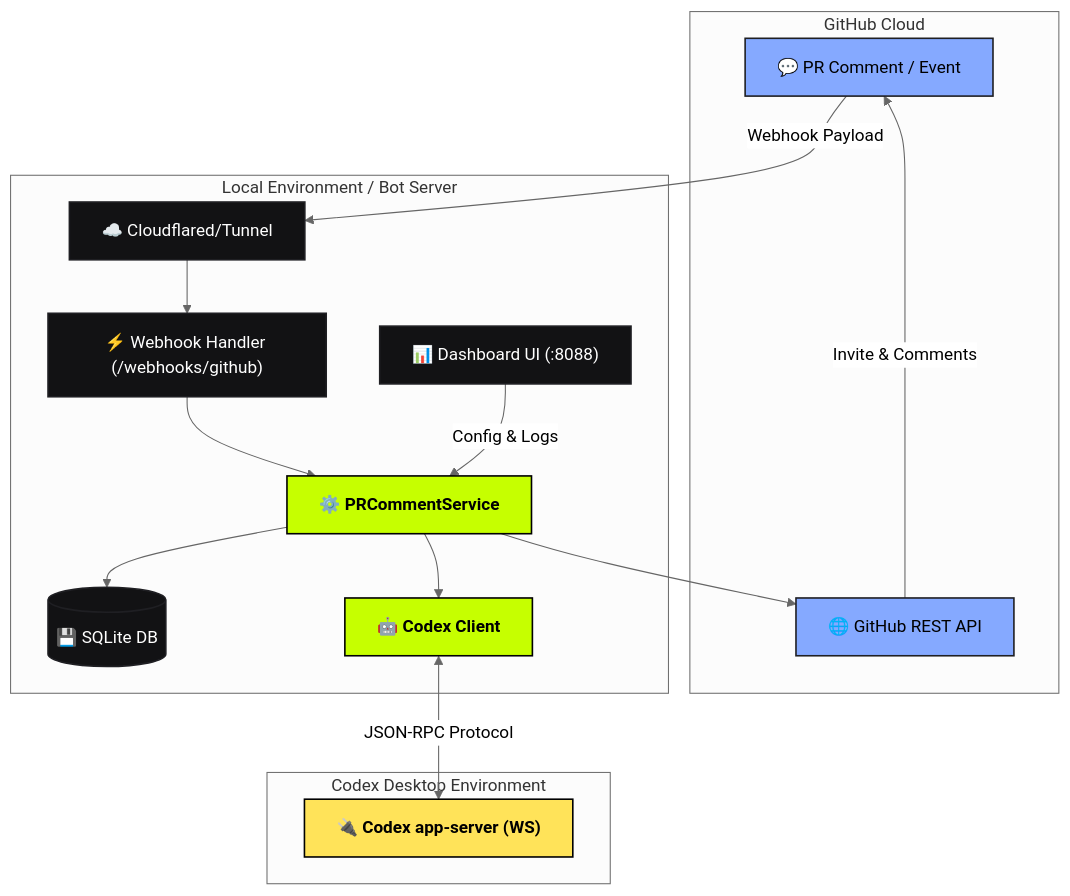
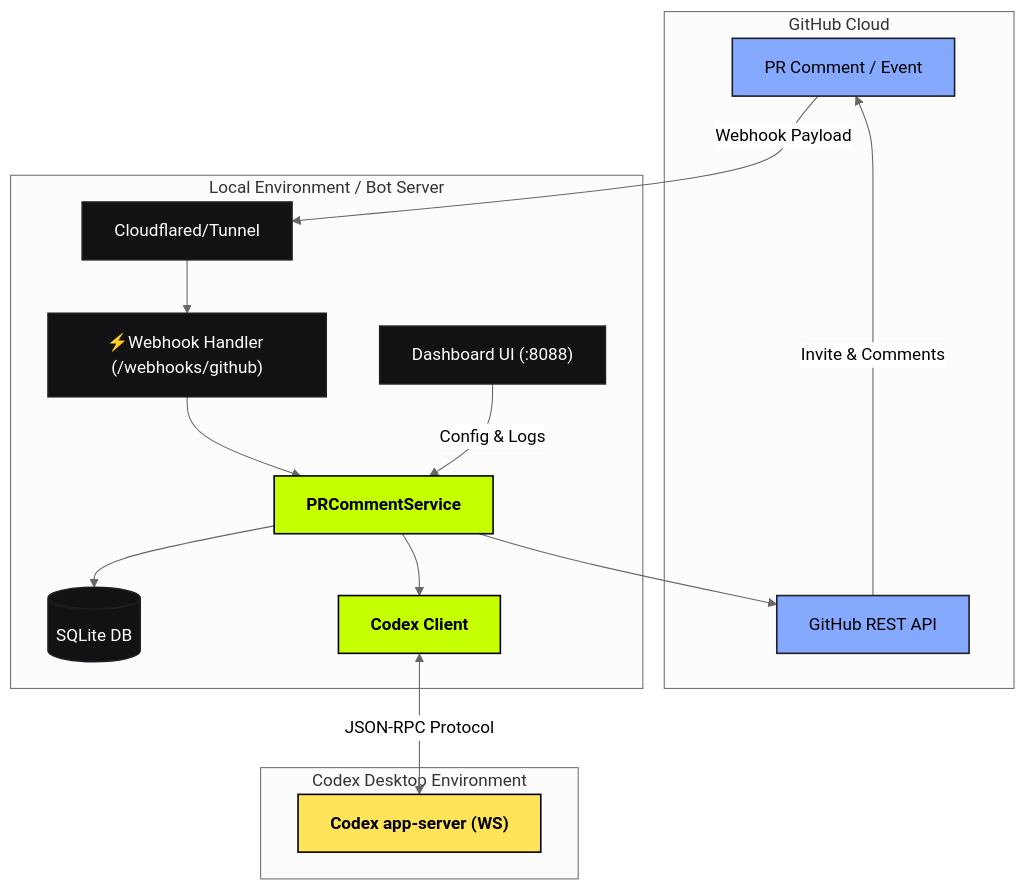
One commit to trfhgx/codex-pr-debate-bot changed the first of 2 diagrams in README.md. Above: the diagram before and after it, drawn with Mermaid (neutral theme).

Commit message:
chore: Refactor Mermaid diagram labels in README.md

````diff
--- a/README.md
+++ b/README.md
@@ -44,39 +44,39 @@
 ```mermaid
 flowchart TB
   subgraph GitHub["GitHub Cloud"]
-    GH["💬 PR Comment / Event"]
-    GHAPI["🌐 GitHub REST API"]
+    GH["PR Comment / Event"]
+    GHAPI["GitHub REST API"]
   end
 
   subgraph Local["Local Environment / Bot Server"]
-    TUN["☁️ Cloudflared/Tunnel"]
-    WH["⚡ Webhook Handler (/webhooks/github)"]
-    SVC["⚙️ PRCommentService"]
-    DB[("💾 SQLite DB")]
-    DASH["📊 Dashboard UI (:8088)"]
-    CT["🤖 Codex Client"]
+    TUN["Cloudflared/Tunnel"]
+    WH["⚡Webhook Handler (/webhooks/github)"]
+    SVC["PRCommentService"]
+    DB[("SQLite DB")]
+    DASH["Dashboard UI (:8088)"]
+    CT["Codex Client"]
   end
 
   subgraph Codex["Codex Desktop Environment"]
-    CAS["🔌 Codex app-server (WS)"]
+    CAS["Codex app-server (WS)"]
   end
 
   GH -->|Webhook Payload| TUN
   TUN --> WH
   WH --> SVC
   SVC --> DB
   DASH -->|Config & Logs| SVC
   SVC --> CT
   CT <-->|JSON-RPC Protocol| CAS
   SVC --> GHAPI
   GHAPI -->|Invite & Comments| GH
   
   classDef default fill:#121214,stroke:#1f1f23,color:#ffffff,stroke-width:1.5px;
   classDef accent fill:#c6ff00,stroke:#000000,color:#000000,font-weight:bold;
   classDef highlight fill:#ffe359,stroke:#000000,color:#000000,font-weight:bold;
   classDef blue fill:#85a9ff,stroke:#1f1f23,color:#000000;
   
   class SVC,CT accent;
   class CAS highlight;
   class GH,GHAPI blue;
 ```
````
